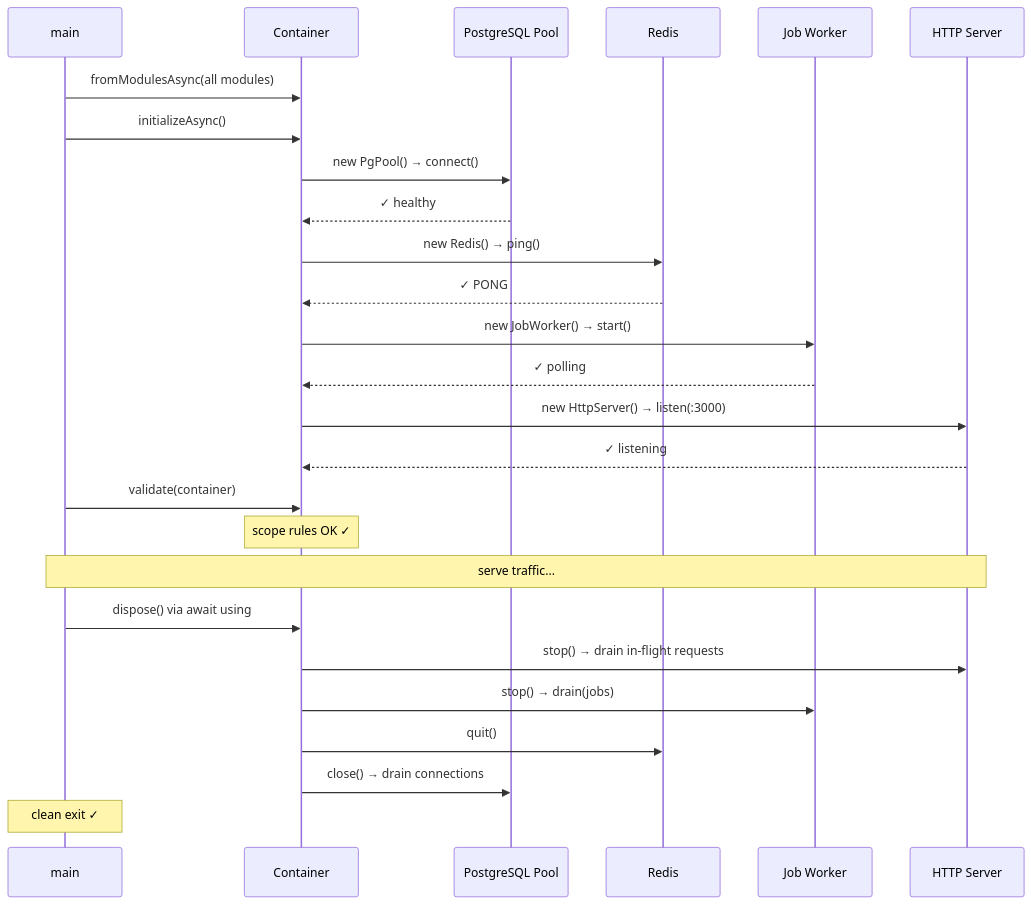
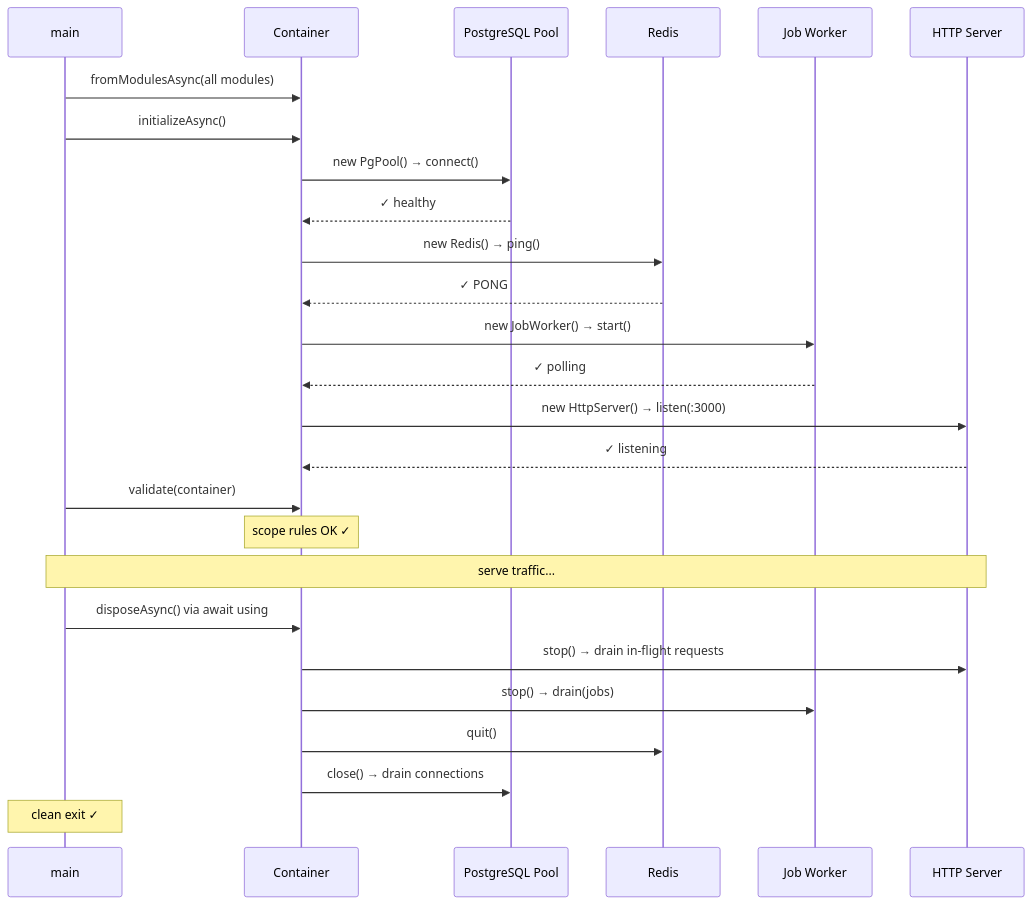
The first of 2 diagrams in packages/di/examples/12-production-microservice/README.md (codefastlabs/codefast), drawn with Mermaid before and after one commit. The commit also changed other lines of this file and 47 other files, not shown here.

Commit message:
feat(di)!: rename Container#dispose to disposeAsync

````diff
--- a/packages/di/examples/12-production-microservice/README.md
+++ b/packages/di/examples/12-production-microservice/README.md
@@ -19,33 +19,33 @@
 ```mermaid
 sequenceDiagram
     participant main
     participant Container
     participant DB as PostgreSQL Pool
     participant Redis
     participant Worker as Job Worker
     participant HTTP as HTTP Server
 
     main->>Container: fromModulesAsync(all modules)
     main->>Container: initializeAsync()
 
     Container->>DB: new PgPool() → connect()
     DB-->>Container: ✓ healthy
     Container->>Redis: new Redis() → ping()
     Redis-->>Container: ✓ PONG
     Container->>Worker: new JobWorker() → start()
     Worker-->>Container: ✓ polling
     Container->>HTTP: new HttpServer() → listen(:3000)
     HTTP-->>Container: ✓ listening
 
     main->>Container: validate(container)
     Note over Container: scope rules OK ✓
 
     Note over main,HTTP: serve traffic...
 
-    main->>Container: dispose() via await using
+    main->>Container: disposeAsync() via await using
     Container->>HTTP: stop() → drain in-flight requests
     Container->>Worker: stop() → drain(jobs)
     Container->>Redis: quit()
     Container->>DB: close() → drain connections
     Note over main: clean exit ✓
 ```
````
